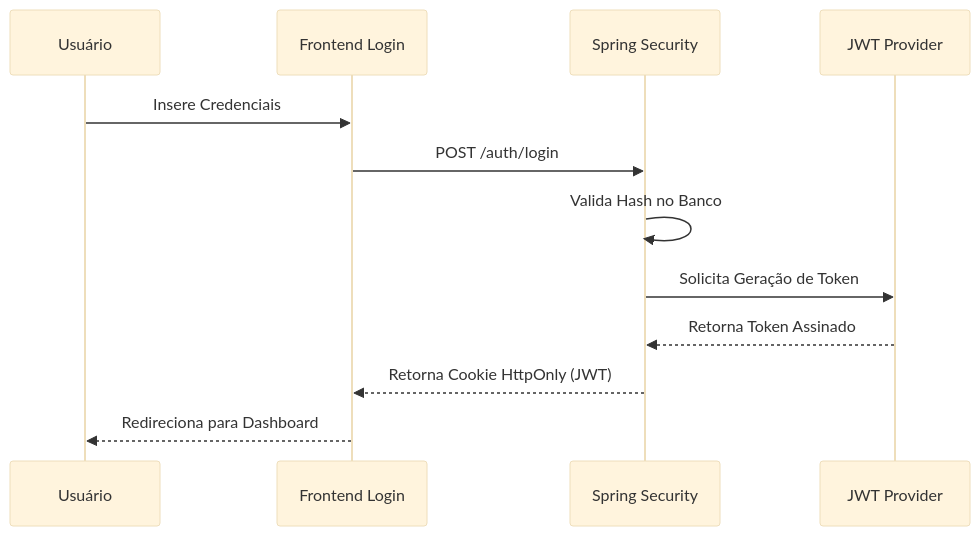
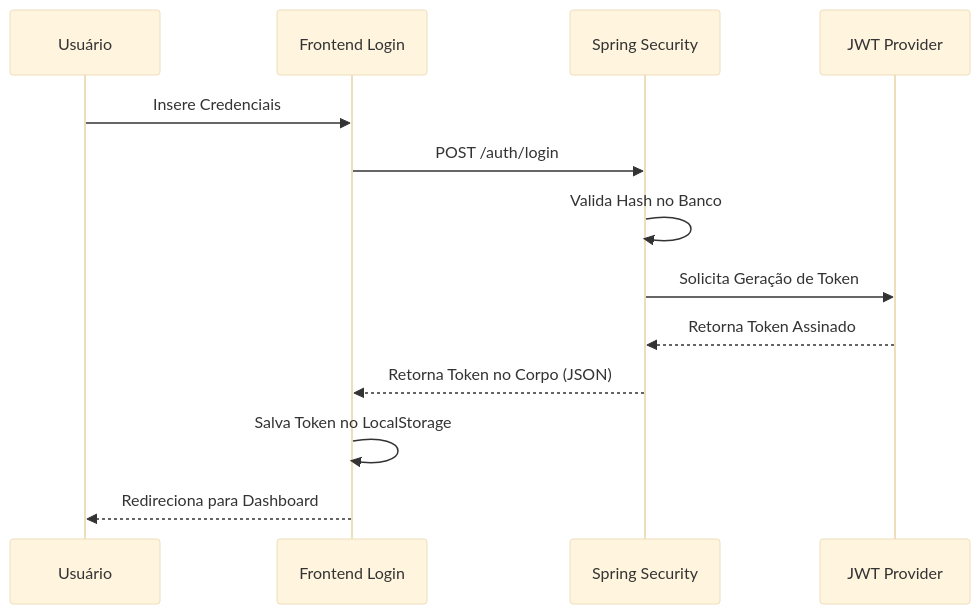
The first of 4 diagrams in docs/arquitetura/nuvem_e_seguranca/seguranca_app.md (pedrohpsantos/EdTech), drawn with Mermaid (base theme) before and after one commit. The commit also changed other lines of this file and 9 other files, not shown here.

````diff
--- a/docs/arquitetura/nuvem_e_seguranca/seguranca_app.md
+++ b/docs/arquitetura/nuvem_e_seguranca/seguranca_app.md
@@ -37,15 +35,16 @@
 ```mermaid
 sequenceDiagram
     participant U as Usuário
     participant L as Frontend Login
     participant S as Spring Security
     participant J as JWT Provider
 
     U->>L: Insere Credenciais
     L->>S: POST /auth/login
     S->>S: Valida Hash no Banco
     S->>J: Solicita Geração de Token
     J-->>S: Retorna Token Assinado
-    S-->>L: Retorna Cookie HttpOnly (JWT)
+    S-->>L: Retorna Token no Corpo (JSON)
+    L->>L: Salva Token no LocalStorage
     L-->>U: Redireciona para Dashboard
 ```
````
